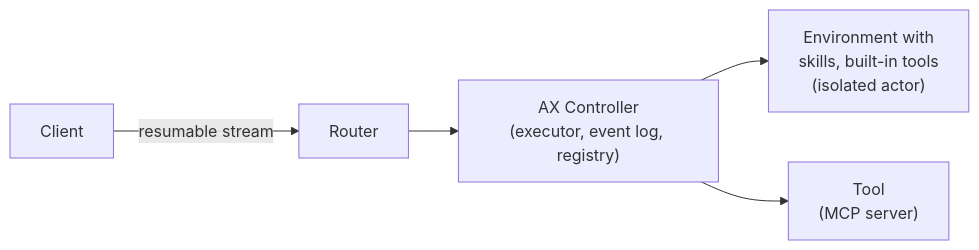
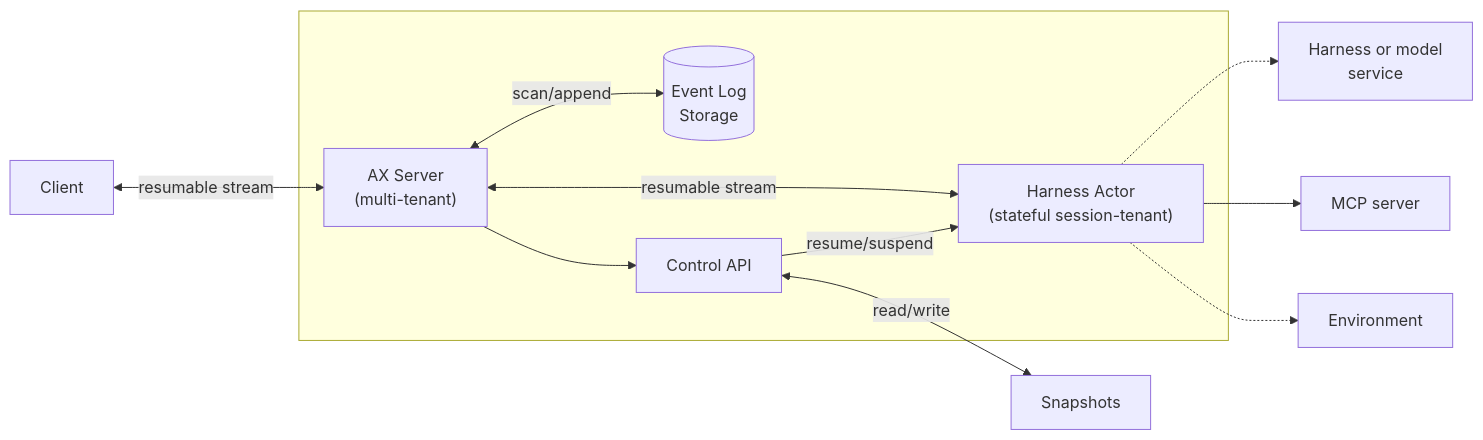
Before and after one commit to kp-fork/ax: the diagram in README.md, drawn with Mermaid. The commit also changed other lines of this file, not shown here.

First line of the commit message:
Update README based on the new controller implementation (#213)

````diff
--- a/README.md
+++ b/README.md
@@ -44,14 +44,26 @@
 ```mermaid
 %%{init: {"flowchart": {"diagramPadding": 80}}}%%
 graph LR
     Client
-    Router["Router"]
-    Controller["AX Controller<br/>(executor, event log, registry)"]
-    Tool["Tool<br/>(MCP server)"]
-    Env["Environment with<br/>skills, built-in tools<br/>(isolated actor)"]
 
-    Client -->|resumable stream| Router
-    Router --> Controller
-    Controller --> Env
-    Controller --> Tool
+    subgraph Cluster[" "]
+        Server["AX Server<br/>(multi-tenant)"]
+        DB[("Event Log"<br/>Storage)]
+        ControlService["Control API"]
+        Actor["Harness Actor<br/>(stateful session-tenant)"]
+    end
+
+    SnapshotService["Snapshots"]
+    HarnessService["Harness or model<br/>service"]
+    MCPServer["MCP server"]
+
+    Client <-->|resumable stream| Server
+    Server <-->|scan/append| DB
+    Server --> ControlService
+    ControlService -->|resume/suspend| Actor
+    Server <-->|resumable stream| Actor
+    ControlService <-->|read/write| SnapshotService
+    Actor -.-> HarnessService
+    Actor --> MCPServer
+    Actor -.-> Environment
 ```
````
